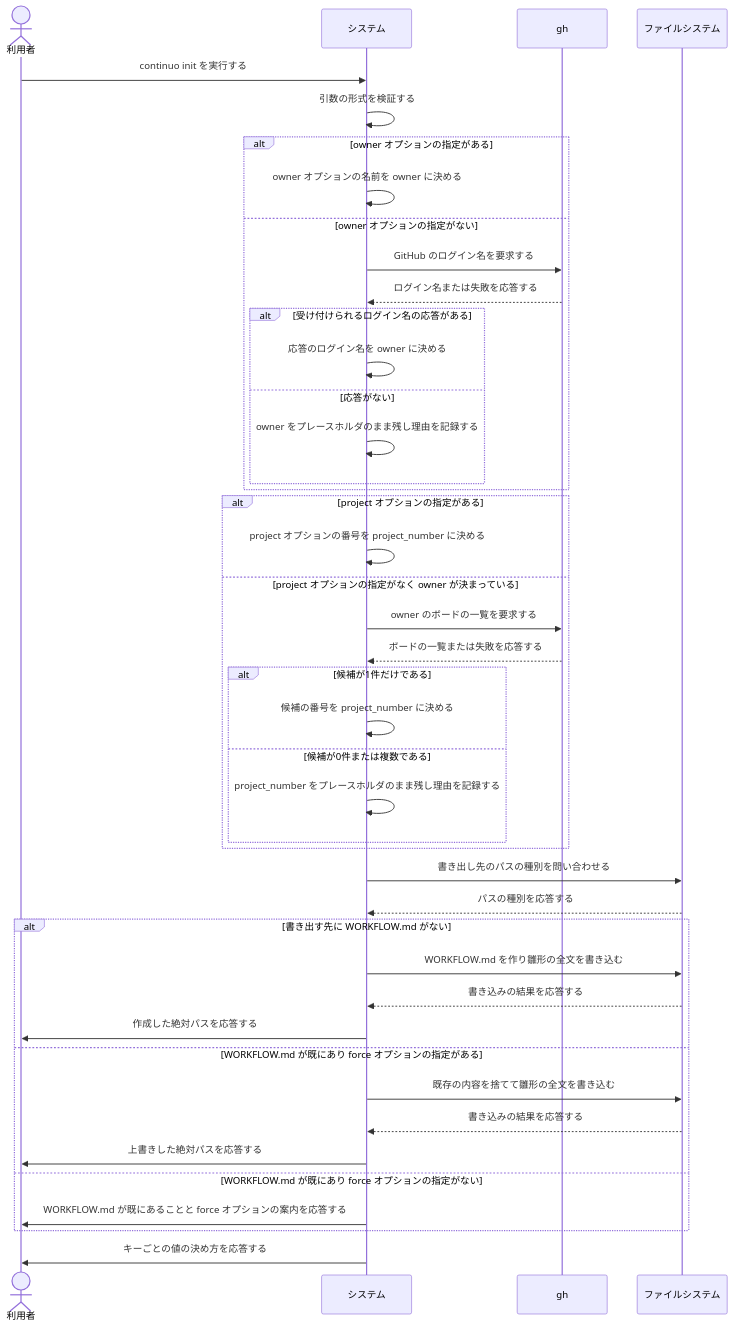
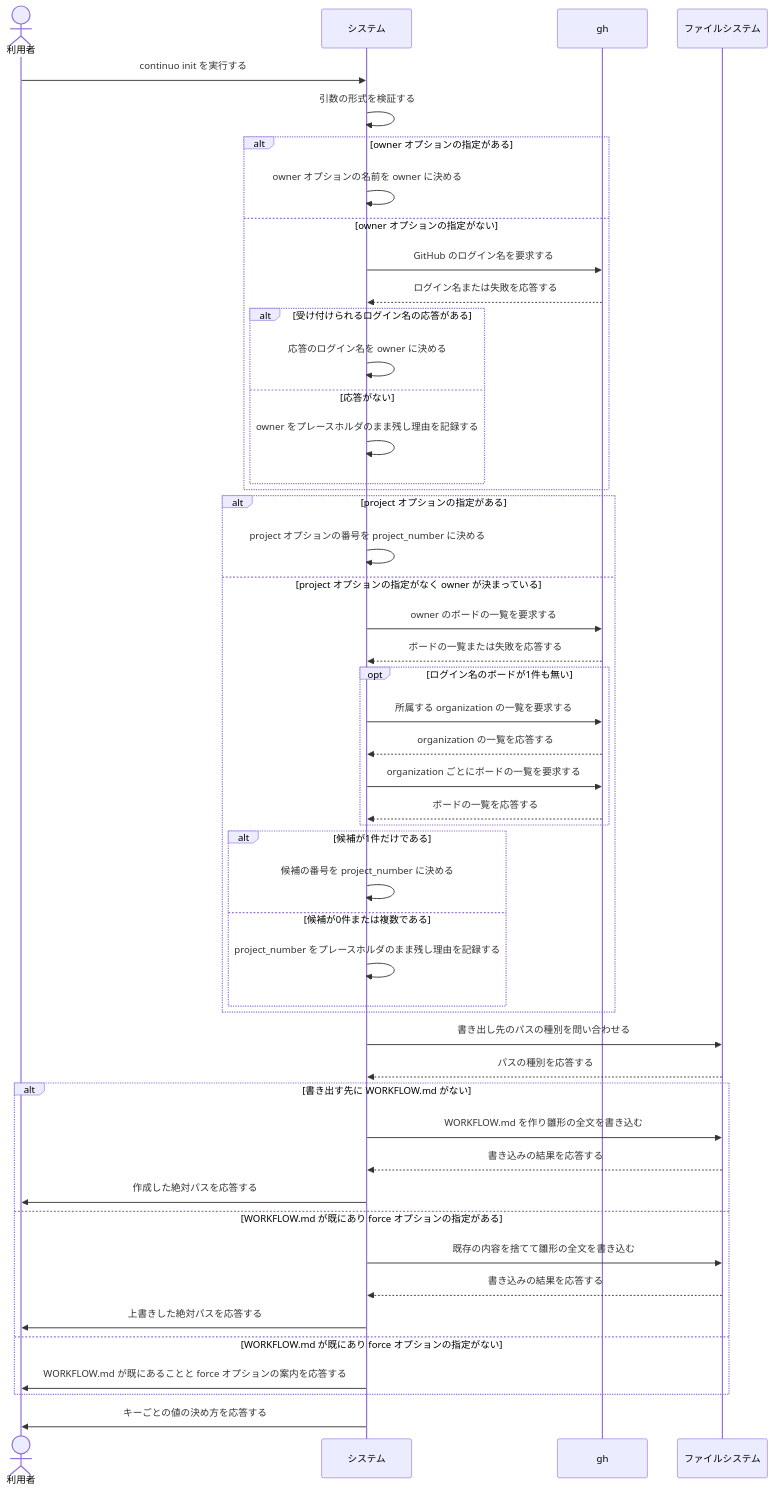
Before and after one commit to maimuzo/continuo: the second of 2 diagrams in docs/spec/usecases/particular_case/設定ファイルを作る.rucm.md, drawn with Mermaid. The commit also changed other lines of this file and 10 other files, not shown here.

````diff
--- a/docs/spec/usecases/particular_case/設定ファイルを作る.rucm.md
+++ b/docs/spec/usecases/particular_case/設定ファイルを作る.rucm.md
@@ -239,51 +250,57 @@
 ```mermaid
 sequenceDiagram
     actor 利用者
     participant システム
     participant gh
     participant ファイルシステム
 
     利用者->>システム: continuo init を実行する
     システム->>システム: 引数の形式を検証する
 
     alt owner オプションの指定がある
         システム->>システム: owner オプションの名前を owner に決める
     else owner オプションの指定がない
         システム->>gh: GitHub のログイン名を要求する
         gh-->>システム: ログイン名または失敗を応答する
         alt 受け付けられるログイン名の応答がある
             システム->>システム: 応答のログイン名を owner に決める
         else 応答がない
             システム->>システム: owner をプレースホルダのまま残し理由を記録する
         end
     end
 
     alt project オプションの指定がある
         システム->>システム: project オプションの番号を project_number に決める
     else project オプションの指定がなく owner が決まっている
         システム->>gh: owner のボードの一覧を要求する
         gh-->>システム: ボードの一覧または失敗を応答する
+        opt ログイン名のボードが1件も無い
+            システム->>gh: 所属する organization の一覧を要求する
+            gh-->>システム: organization の一覧を応答する
+            システム->>gh: organization ごとにボードの一覧を要求する
+            gh-->>システム: ボードの一覧を応答する
+        end
         alt 候補が1件だけである
             システム->>システム: 候補の番号を project_number に決める
         else 候補が0件または複数である
             システム->>システム: project_number をプレースホルダのまま残し理由を記録する
         end
     end
 
     システム->>ファイルシステム: 書き出し先のパスの種別を問い合わせる
     ファイルシステム-->>システム: パスの種別を応答する
 
     alt 書き出す先に WORKFLOW.md がない
         システム->>ファイルシステム: WORKFLOW.md を作り雛形の全文を書き込む
         ファイルシステム-->>システム: 書き込みの結果を応答する
         システム->>利用者: 作成した絶対パスを応答する
     else WORKFLOW.md が既にあり force オプションの指定がある
         システム->>ファイルシステム: 既存の内容を捨てて雛形の全文を書き込む
         ファイルシステム-->>システム: 書き込みの結果を応答する
         システム->>利用者: 上書きした絶対パスを応答する
     else WORKFLOW.md が既にあり force オプションの指定がない
         システム->>利用者: WORKFLOW.md が既にあることと force オプションの案内を応答する
     end
 
     システム->>利用者: キーごとの値の決め方を応答する
 ```
````
